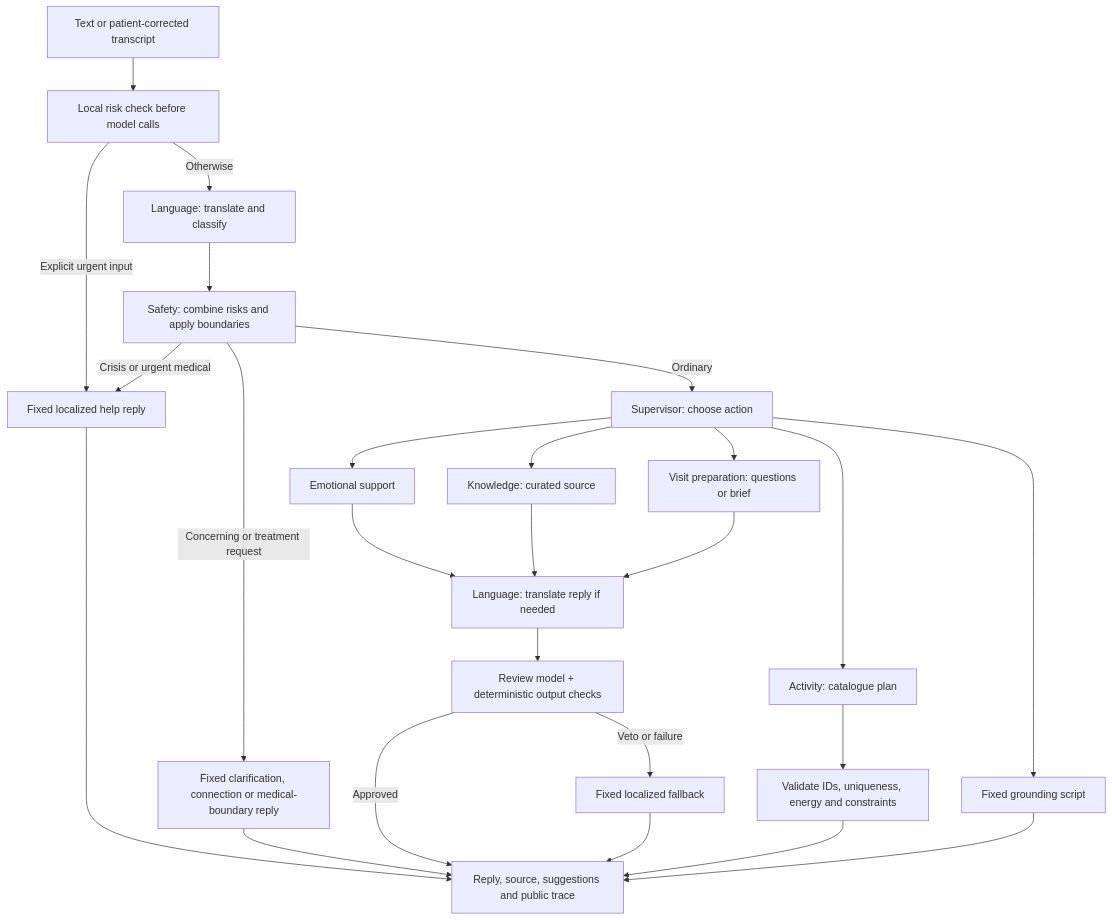
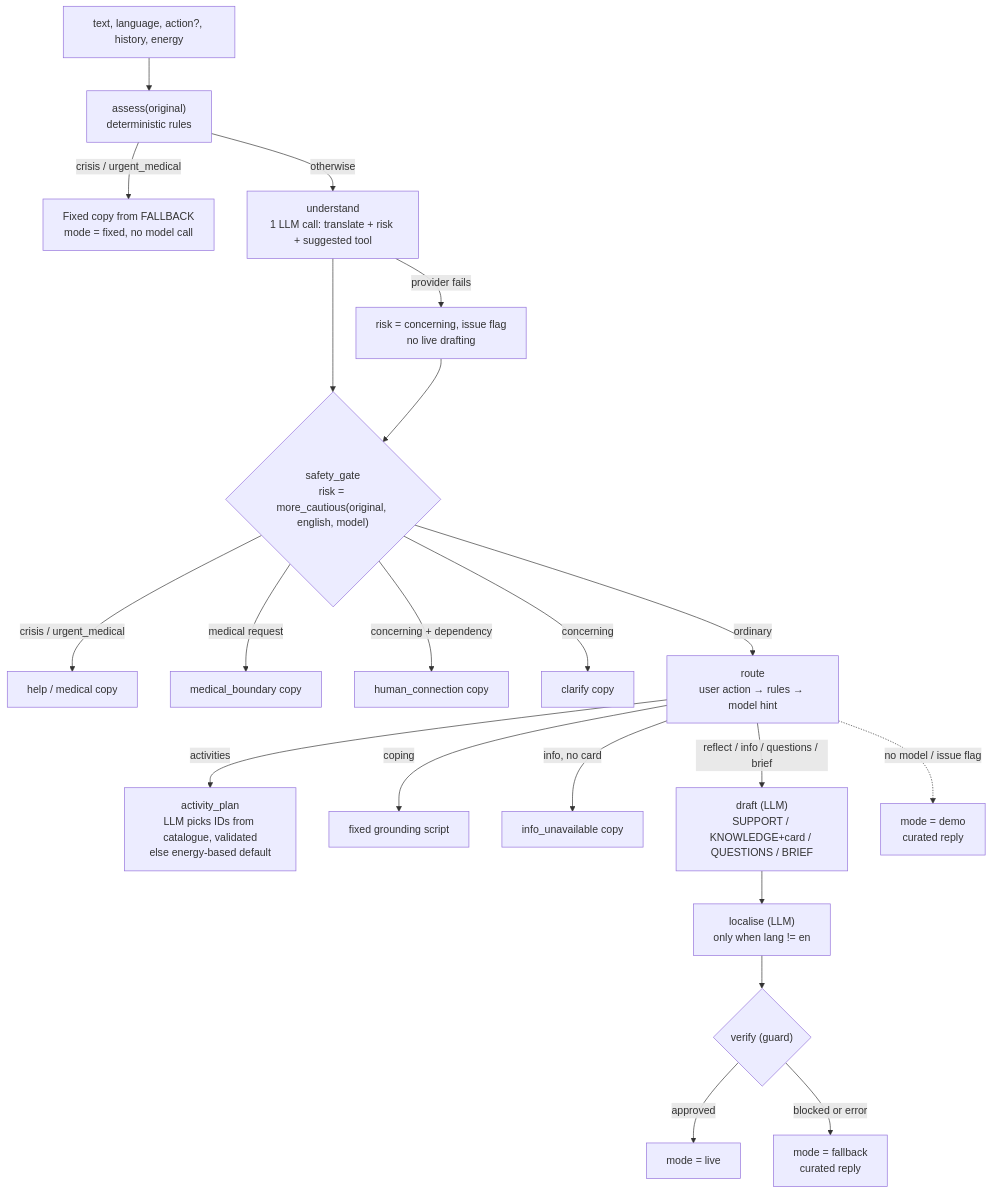
One commit to gqvz/aimlsem5 changed the fourth of 11 diagrams in ARCHITECTURE.md. Above: the diagram before and after it, drawn with Mermaid. The commit also changed other lines of this file and 10 other files, not shown here.

First line of the commit message:
India-context support: family, faith, care journey, observances, financial-help card

````diff
--- a/ARCHITECTURE.md
+++ b/ARCHITECTURE.md
@@ -121,27 +143,24 @@
 ```mermaid
 flowchart TD
-    Input["Text or patient-corrected transcript"] --> Pre["Local risk check before model calls"]
-    Pre -->|"Explicit urgent input"| Fixed["Fixed localized help reply"]
-    Pre -->|"Otherwise"| Lang["Language: translate and classify"]
-    Lang --> Safety["Safety: combine risks and apply boundaries"]
-    Safety -->|"Crisis or urgent medical"| Fixed
-    Safety -->|"Concerning or treatment request"| Boundary["Fixed clarification, connection or medical-boundary reply"]
-    Safety -->|"Ordinary"| Sup["Supervisor: choose action"]
-    Sup --> Reflect["Emotional support"]
-    Sup --> Info["Knowledge: curated source"]
-    Sup --> Visit["Visit preparation: questions or brief"]
-    Sup --> Plan["Activity: catalogue plan"]
-    Sup --> Coping["Fixed grounding script"]
-    Reflect --> Translate["Language: translate reply if needed"]
-    Info --> Translate
-    Visit --> Translate
-    Translate --> Review["Review model + deterministic output checks"]
-    Review -->|"Approved"| Response["Reply, source, suggestions and public trace"]
-    Review -->|"Veto or failure"| Fallback["Fixed localized fallback"]
-    Plan --> Validate["Validate IDs, uniqueness, energy and constraints"]
-    Validate --> Response
-    Coping --> Response
-    Fixed --> Response
-    Boundary --> Response
-    Fallback --> Response
+    In["text, language, action?, history, energy"] --> Local["assess(original)<br/>deterministic rules"]
+    Local -->|"crisis / urgent_medical"| Fixed1["Fixed copy from FALLBACK<br/>mode = fixed, no model call"]
+    Local -->|otherwise| U["understand<br/>1 LLM call: translate + risk + suggested tool"]
+    U -->|"provider fails"| Cautious["risk = concerning, issue flag<br/>no live drafting"]
+    U --> Gate
+    Cautious --> Gate
+    Gate{"safety_gate<br/>risk = more_cautious(original, english, model)"}
+    Gate -->|"crisis / urgent_medical"| Fixed2["help / medical copy"]
+    Gate -->|"medical request"| Fixed3["medical_boundary copy"]
+    Gate -->|"concerning + dependency"| Fixed4["human_connection copy"]
+    Gate -->|concerning| Fixed5["clarify copy"]
+    Gate -->|ordinary| Route["route<br/>user action → rules → model hint"]
+    Route -->|activities| Plan["activity_plan<br/>LLM picks IDs from catalogue, validated<br/>else energy-based default"]
+    Route -->|coping| Ground["fixed grounding script"]
+    Route -->|"info, no card"| NoSrc["info_unavailable copy"]
+    Route -->|"reflect / info / questions / brief"| Draft
+    Draft["draft (LLM)<br/>SUPPORT / KNOWLEDGE+card / QUESTIONS / BRIEF"] --> Loc["localise (LLM)<br/>only when lang != en"]
+    Loc --> Ver{"verify (guard)"}
+    Ver -->|approved| Live["mode = live"]
+    Ver -->|blocked or error| FB["mode = fallback<br/>curated reply"]
+    Route -.->|"no model / issue flag"| Demo["mode = demo<br/>curated reply"]
 ```
````
